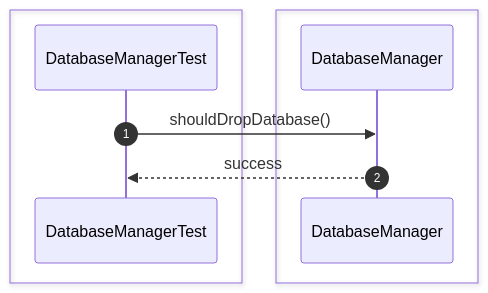
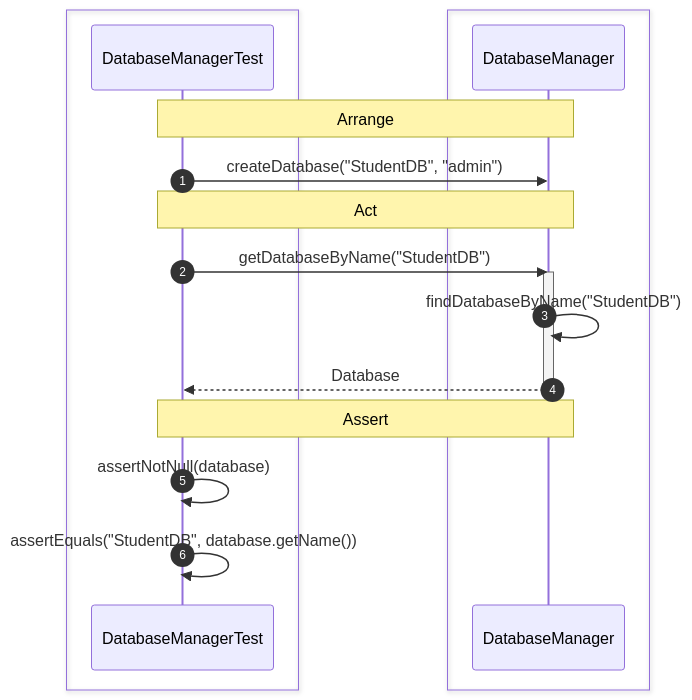
One commit to Huy1801214/dbms-architecture changed diagram 12 of 46 in docs/sequence/db-server.md. Above: the diagram before and after it, drawn with Mermaid. The commit also changed other lines of this file and 7 other files, not shown here.

Commit message:
Done Unit test for database manager

````diff
--- a/docs/sequence/db-server.md
+++ b/docs/sequence/db-server.md
@@ -143,13 +257,30 @@
 ```mermaid
 sequenceDiagram
     autonumber
+
     box #e1f5fe Test Suite
     participant Test as DatabaseManagerTest
     end
+
     box #e3f2fd DatabaseManager Component
     participant DM as DatabaseManager
     end
 
-    Test->>DM: shouldDropDatabase()
-    DM-->>Test: success
+    Note over Test,DM: Arrange
+    Test->>DM: createDatabase("StudentDB", "admin")
+
+    Note over Test,DM: Act
+    Test->>DM: getDatabaseByName("StudentDB")
+
+    activate DM
+
+    DM->>DM: findDatabaseByName("StudentDB")
+
+    DM-->>Test: Database
+
+    deactivate DM
+
+    Note over Test,DM: Assert
+    Test->>Test: assertNotNull(database)
+    Test->>Test: assertEquals("StudentDB", database.getName())
 ```
````
